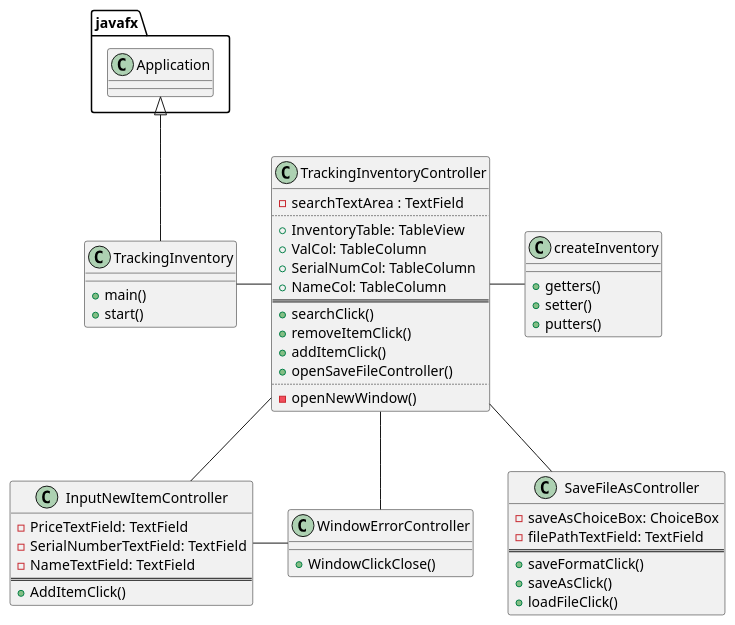
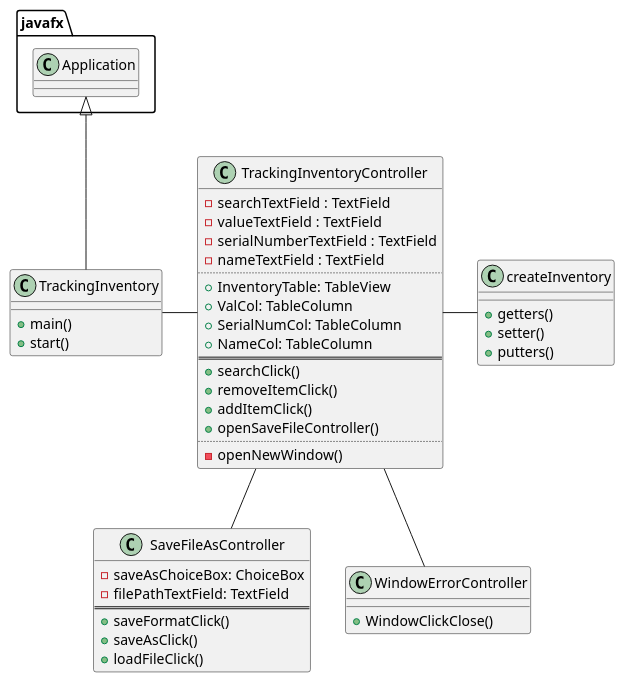
The diagram in uml/TrackingInventory.puml (fshofiquel/Item-Inventory), drawn with PlantUML before and after one commit. The commit also changed 5 other files, not shown here.

```diff
--- a/uml/TrackingInventory.puml
+++ b/uml/TrackingInventory.puml
@@ -1,67 +1,59 @@
 @startuml
 'https://plantuml.com/class-diagram
 
 class TrackingInventory
 {
     + main()
     + start()
 }
 
 class TrackingInventoryController
 {
-    - searchTextArea : TextField
+    - searchTextField : TextField
+    - valueTextField : TextField
+    - serialNumberTextField : TextField
+    - nameTextField : TextField
     ..
     + InventoryTable: TableView
     + ValCol: TableColumn
     + SerialNumCol: TableColumn
     + NameCol: TableColumn
     ==
     + searchClick()
     + removeItemClick()
     + addItemClick()
     + openSaveFileController()
     ..
     - openNewWindow()
 }
 
 class SaveFileAsController
 {
     - saveAsChoiceBox: ChoiceBox
     - filePathTextField: TextField
     ==
     + saveFormatClick()
     + saveAsClick()
     + loadFileClick()
 }
 
-class InputNewItemController
-{
-    - PriceTextField: TextField
-    - SerialNumberTextField: TextField
-    - NameTextField: TextField
-    ==
-    + AddItemClick()
-}
-
 class WindowErrorController
 {
     + WindowClickClose()
 }
 
 class createInventory
 {
     +getters()
     +setter()
     +putters()
 }
 
 javafx.Application <|-- TrackingInventory
 
 TrackingInventory - TrackingInventoryController
 TrackingInventoryController - createInventory
 TrackingInventoryController -- SaveFileAsController
-TrackingInventoryController -- InputNewItemController
 TrackingInventoryController -- WindowErrorController
-InputNewItemController - WindowErrorController
 
 @enduml
```
